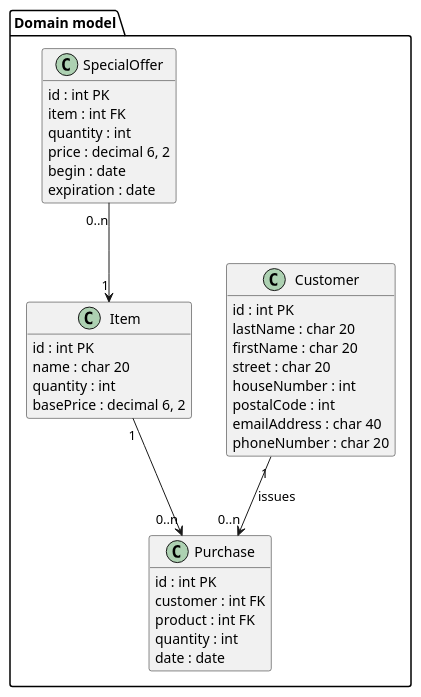
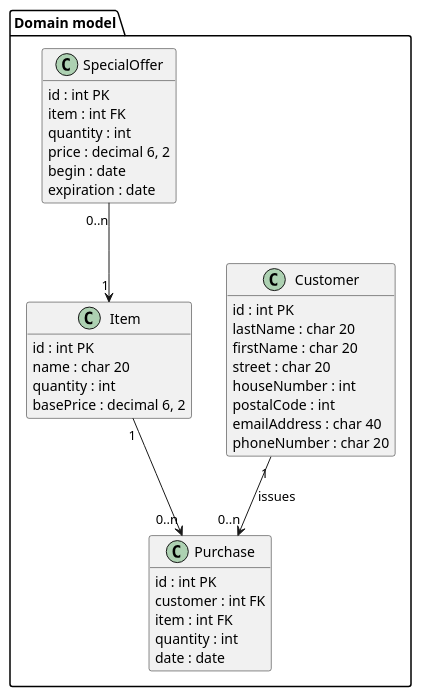
The diagram in docs/domain-model-crm.puml (tflm91/CRM-System), drawn with PlantUML before and after one commit. The commit also changed 15 other files, not shown here.

```diff
--- a/docs/domain-model-crm.puml
+++ b/docs/domain-model-crm.puml
@@ -1,47 +1,47 @@
 @startuml
 'https://plantuml.com/class-diagram
 
 hide methods
 
 package "Domain model" {
     class Customer {
         id : int PK
         lastName : char 20
         firstName : char 20
         street : char 20
         houseNumber : int
         postalCode : int
         emailAddress : char 40
         phoneNumber : char 20
     }
 
     class Item {
         id : int PK
         name : char 20
         quantity : int
         basePrice : decimal 6, 2
     }
 
     class SpecialOffer {
         id : int PK
         item : int FK
         quantity : int
         price : decimal 6, 2
         begin : date
         expiration : date
     }
 
     class Purchase {
         id : int PK
         customer : int FK
-        product : int FK
+        item : int FK
         quantity : int
         date : date
     }
 }
 
 
 Customer "1" --> "0..n" Purchase : "issues"
 Item "1" --> "0..n" Purchase
 SpecialOffer "0..n" --> "1" Item
 @enduml
```
